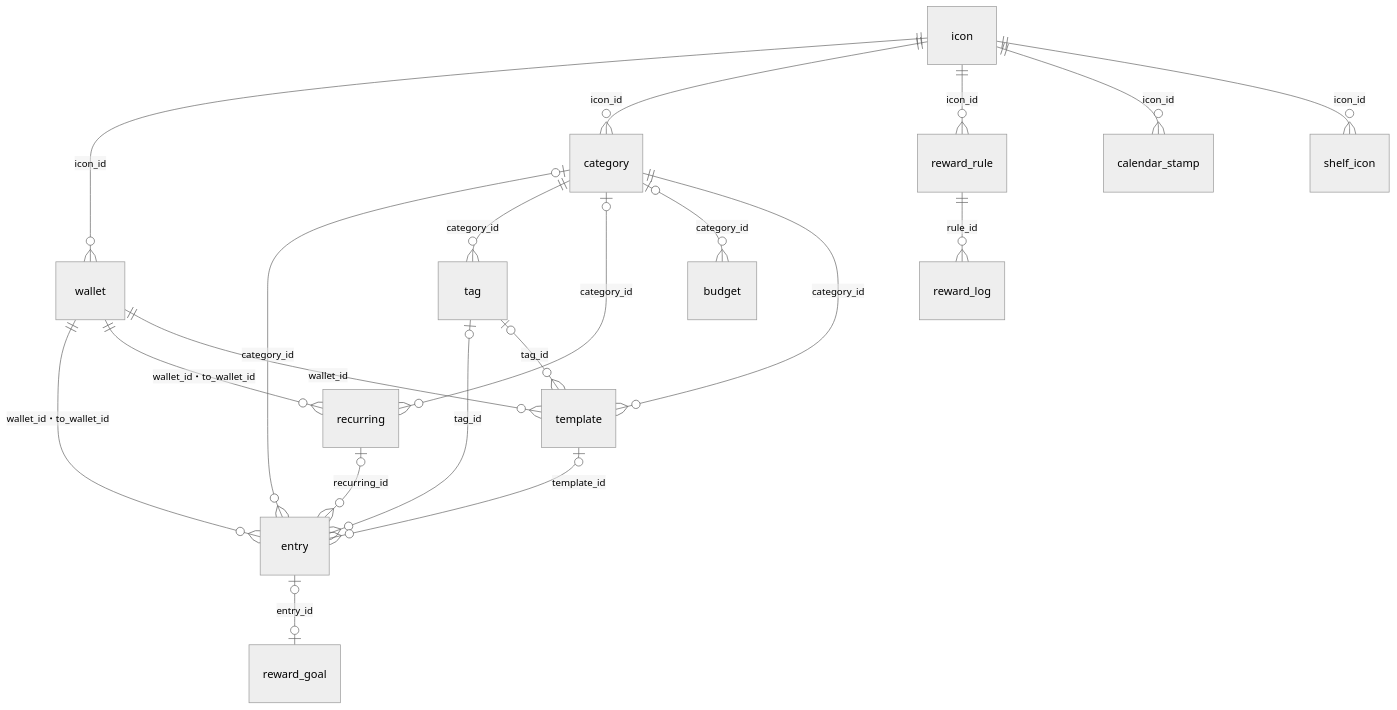
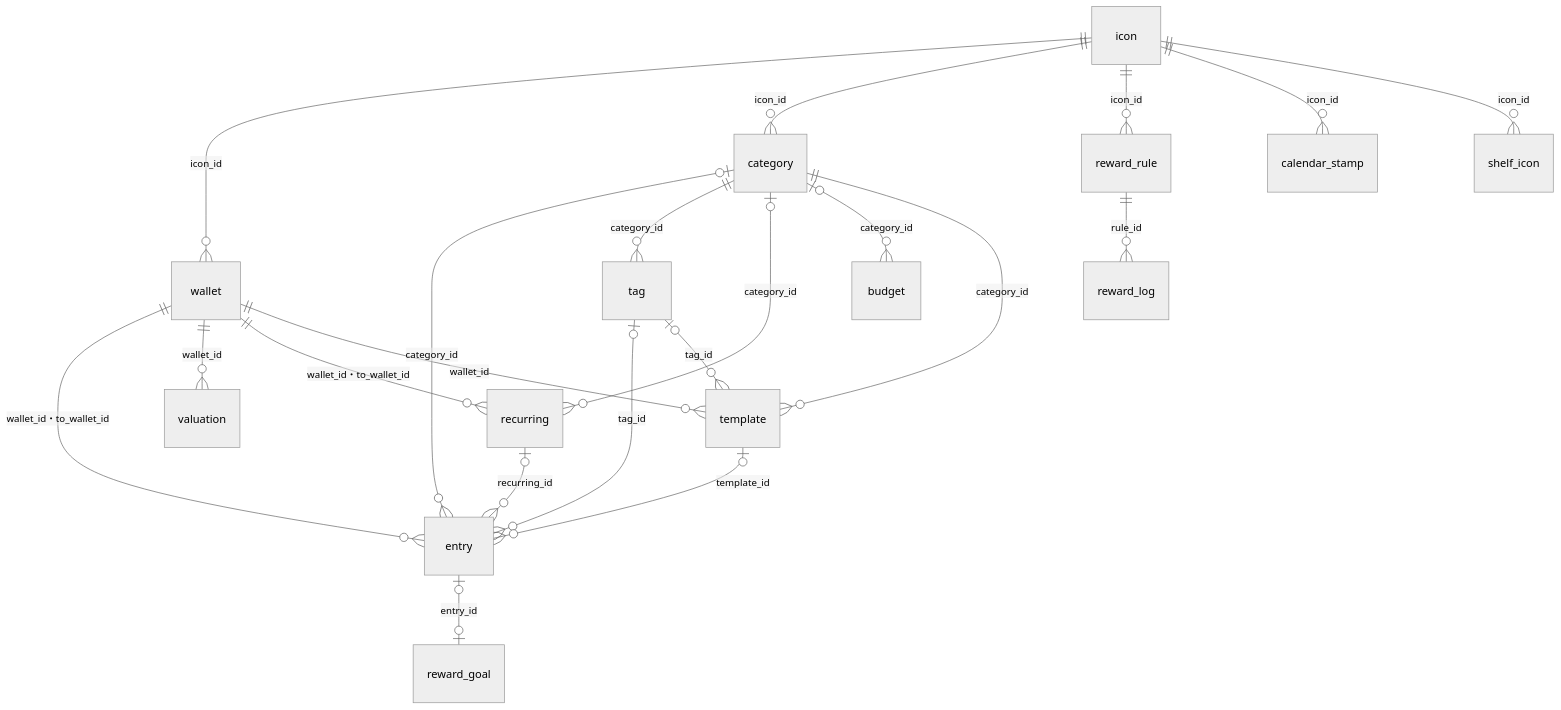
Before and after one commit to yossibank/kakeibot: the diagram in docs/data.md, drawn with Mermaid (neutral theme). The commit also changed other lines of this file and 122 other files, not shown here.

````diff
--- a/docs/data.md
+++ b/docs/data.md
@@ -9,22 +9,23 @@
 ```mermaid
 erDiagram
     icon ||--o{ wallet : "icon_id"
     icon ||--o{ category : "icon_id"
     icon ||--o{ reward_rule : "icon_id"
     icon ||--o{ calendar_stamp : "icon_id"
     icon ||--o{ shelf_icon : "icon_id"
     wallet ||--o{ entry : "wallet_id・to_wallet_id"
+    wallet ||--o{ valuation : "wallet_id"
     category |o--o{ entry : "category_id"
     category ||--o{ tag : "category_id"
     tag |o--o{ entry : "tag_id"
     tag |o--o{ template : "tag_id"
     template |o--o{ entry : "template_id"
     recurring |o--o{ entry : "recurring_id"
     wallet ||--o{ recurring : "wallet_id・to_wallet_id"
     category |o--o{ recurring : "category_id"
     category |o--o{ budget : "category_id"
     category ||--o{ template : "category_id"
     wallet ||--o{ template : "wallet_id"
     reward_rule ||--o{ reward_log : "rule_id"
     entry |o--o| reward_goal : "entry_id"
 ```
````
